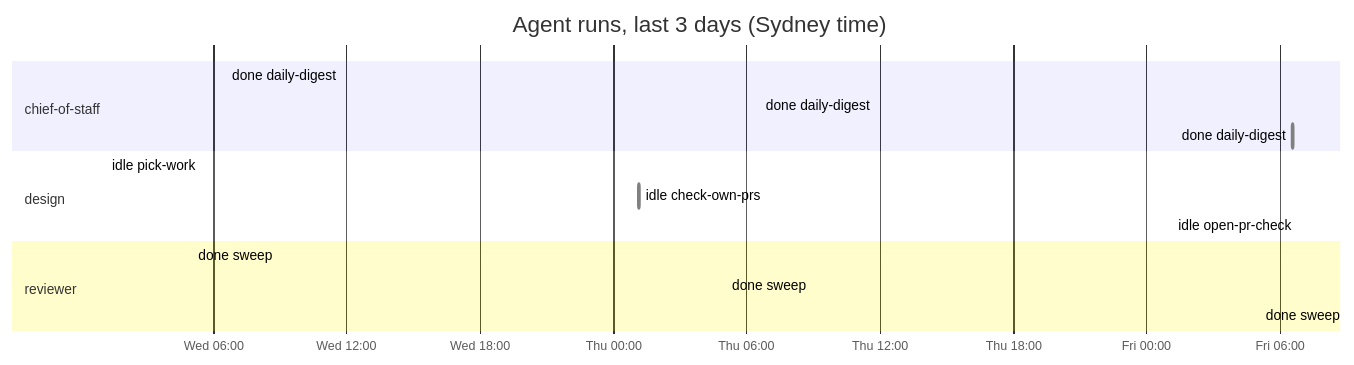
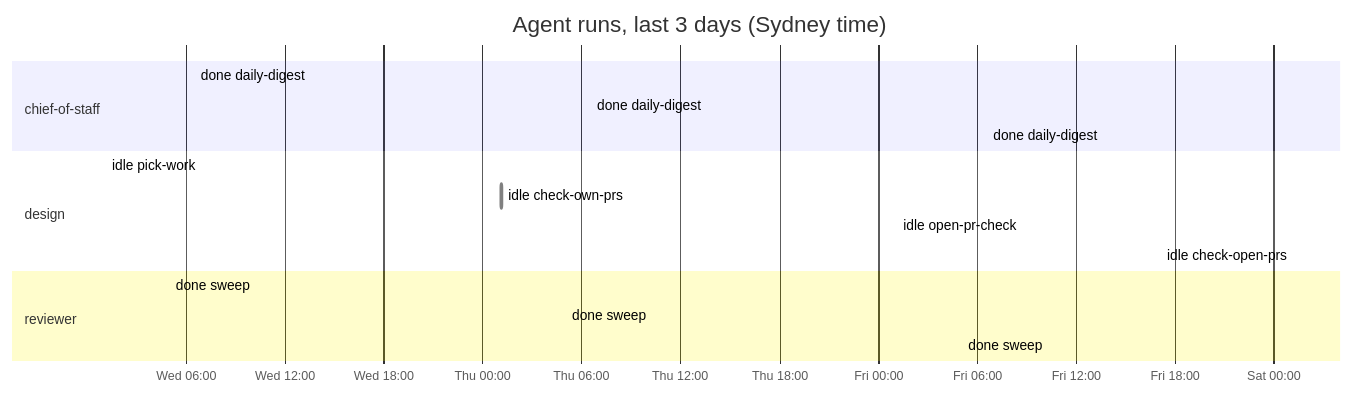
Before and after one commit to roulmediateam-byte/fifteen-expert-hq: the diagram in dashboard.md, drawn with Mermaid. The commit also changed other lines of this file and 1 other file, not shown here.

````diff
--- a/dashboard.md
+++ b/dashboard.md
@@ -47,18 +47,19 @@
 ```mermaid
 gantt
     title Agent runs, last 3 days (Sydney time)
     dateFormat YYYY-MM-DD HH:mm
     axisFormat %a %H:%M
     section chief-of-staff
     done daily-digest :done, 2026-11-18 06:35, 2026-11-18 06:36
     done daily-digest :done, 2026-11-19 06:35, 2026-11-19 06:36
     done daily-digest :done, 2026-11-20 06:35, 2026-11-20 06:37
     section design
     idle pick-work :done, 2026-11-18 01:11, 2026-11-18 01:11
     idle check-own-prs :done, 2026-11-19 01:10, 2026-11-19 01:11
     idle open-pr-check :done, 2026-11-20 01:10, 2026-11-20 01:11
+    idle check-open-prs :done, 2026-11-21 01:10, 2026-11-21 01:11
     section reviewer
     done sweep :done, 2026-11-18 05:04, 2026-11-18 05:05
     done sweep :done, 2026-11-19 05:04, 2026-11-19 05:05
     done sweep :done, 2026-11-20 05:05, 2026-11-20 05:05
 ```
````
